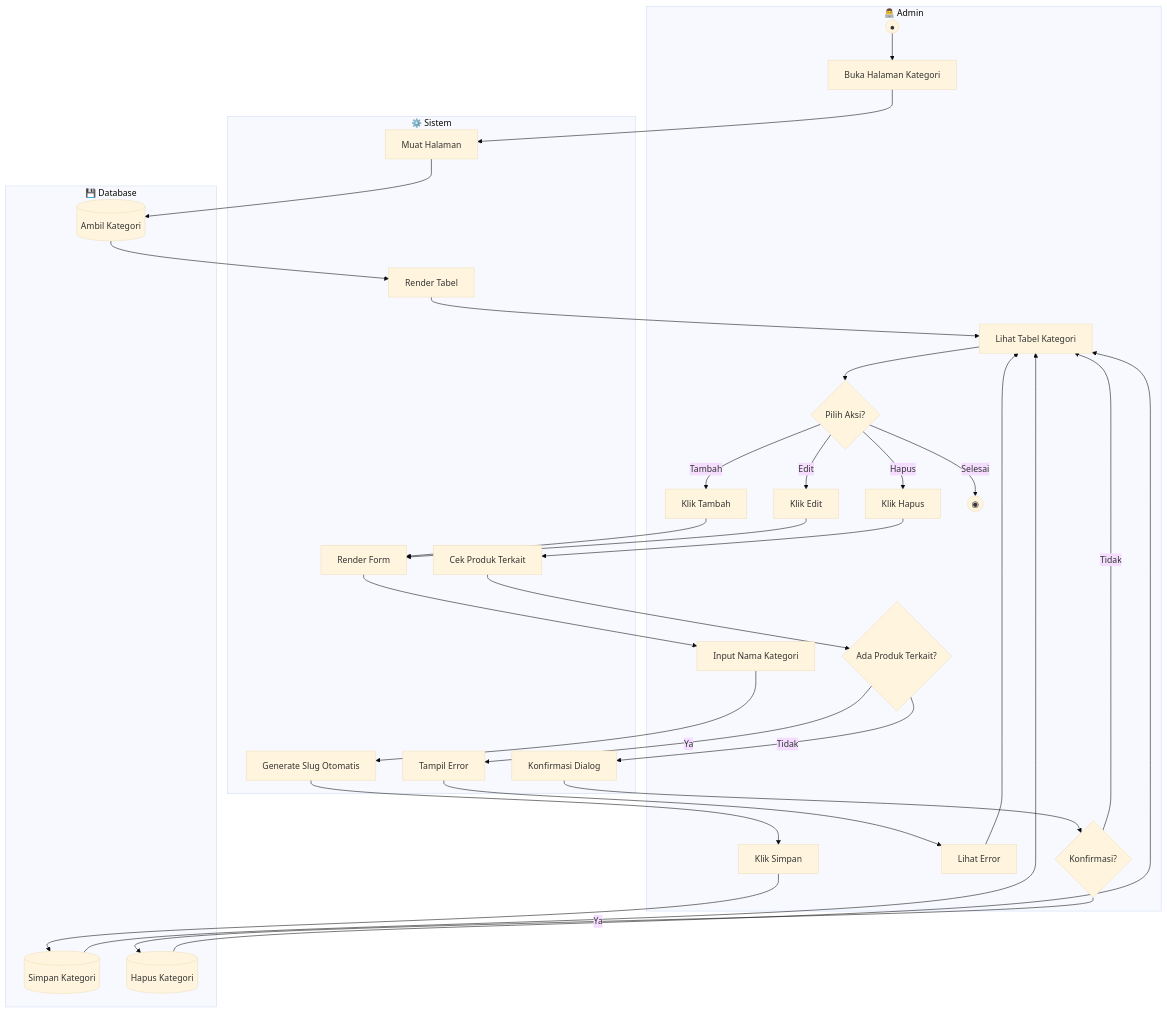
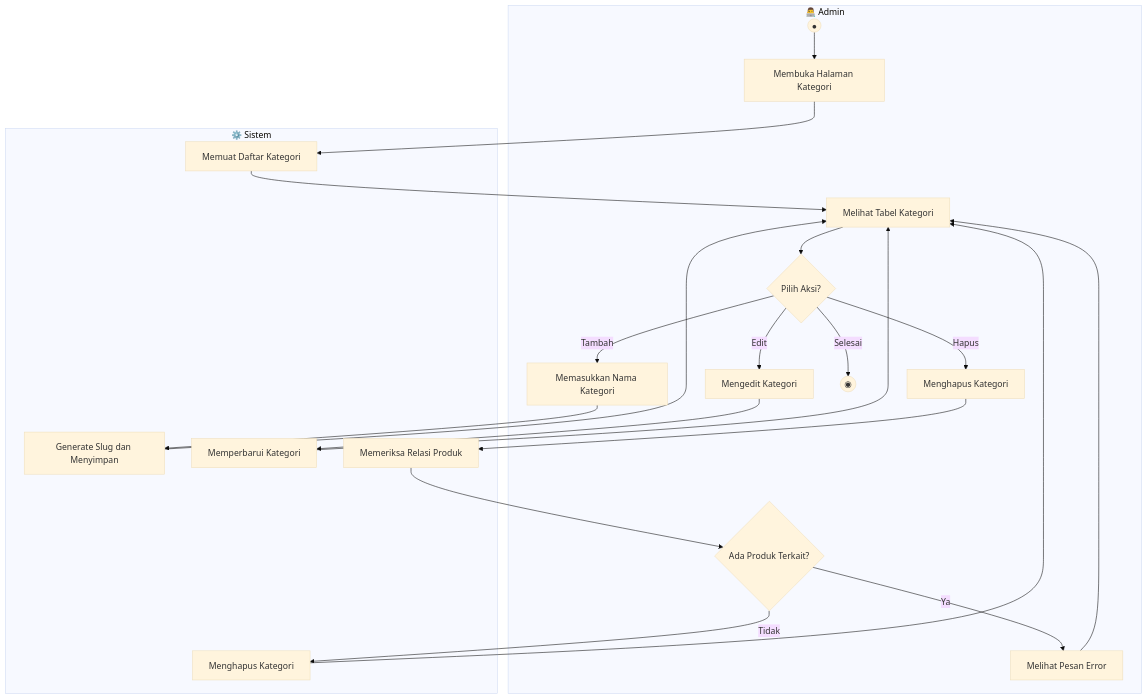
One commit to mustarisyahding07-spec/WEBSITE_SKRIPSI_MUSTARI changed diagram 13 of 17 in docs/ACTIVITY_DIAGRAMS.md. Above: the diagram before and after it, drawn with Mermaid (base theme). The commit also changed other lines of this file, not shown here.

Commit message:
docs: simplify activity diagrams and add academic explanations

````diff
--- a/docs/ACTIVITY_DIAGRAMS.md
+++ b/docs/ACTIVITY_DIAGRAMS.md
@@ -769,62 +575,42 @@
 ```mermaid
 flowchart TD
     subgraph Admin["👨‍💻 Admin"]
         A1((●))
-        A2[Buka Halaman Kategori]
-        A3[Lihat Tabel Kategori]
+        A2[Membuka Halaman Kategori]
+        A3[Melihat Tabel Kategori]
         A4{Pilih Aksi?}
-        A5[Klik Tambah]
-        A6[Input Nama Kategori]
-        A7[Klik Simpan]
-        A8[Klik Edit]
-        A9[Klik Hapus]
-        A10{Ada Produk Terkait?}
-        A11[Lihat Error]
-        A12{Konfirmasi?}
-        A13((◉))
+        A5[Memasukkan Nama Kategori]
+        A6[Mengedit Kategori]
+        A7[Menghapus Kategori]
+        A8{Ada Produk Terkait?}
+        A9[Melihat Pesan Error]
+        A10((◉))
     end
-    
+
     subgraph Sistem["⚙️ Sistem"]
-        S1[Muat Halaman]
-        S2[Render Tabel]
-        S3[Render Form]
-        S4[Generate Slug Otomatis]
-        S5[Cek Produk Terkait]
-        S6[Tampil Error]
-        S7[Konfirmasi Dialog]
+        S1[Memuat Daftar Kategori]
+        S2[Generate Slug dan Menyimpan]
+        S3[Memperbarui Kategori]
+        S4[Memeriksa Relasi Produk]
+        S5[Menghapus Kategori]
     end
-    
-    subgraph Database["💾 Database"]
-        D1[(Ambil Kategori)]
-        D2[(Simpan Kategori)]
-        D3[(Hapus Kategori)]
-    end
-    
+
     A1 --> A2
     A2 --> S1
-    S1 --> D1
-    D1 --> S2
-    S2 --> A3
+    S1 --> A3
     A3 --> A4
     A4 -->|Tambah| A5
-    A5 --> S3
-    S3 --> A6
-    A6 --> S4
-    S4 --> A7
-    A7 --> D2
-    D2 --> A3
-    A4 -->|Edit| A8
-    A8 --> S3
-    A4 -->|Hapus| A9
-    A9 --> S5
-    S5 --> A10
-    A10 -->|Ya| S6
-    S6 --> A11
-    A11 --> A3
-    A10 -->|Tidak| S7
-    S7 --> A12
-    A12 -->|Ya| D3
-    D3 --> A3
-    A12 -->|Tidak| A3
-    A4 -->|Selesai| A13
+    A5 --> S2
+    S2 --> A3
+    A4 -->|Edit| A6
+    A6 --> S3
+    S3 --> A3
+    A4 -->|Hapus| A7
+    A7 --> S4
+    S4 --> A8
+    A8 -->|Ya| A9
+    A9 --> A3
+    A8 -->|Tidak| S5
+    S5 --> A3
+    A4 -->|Selesai| A10
 ```
````
